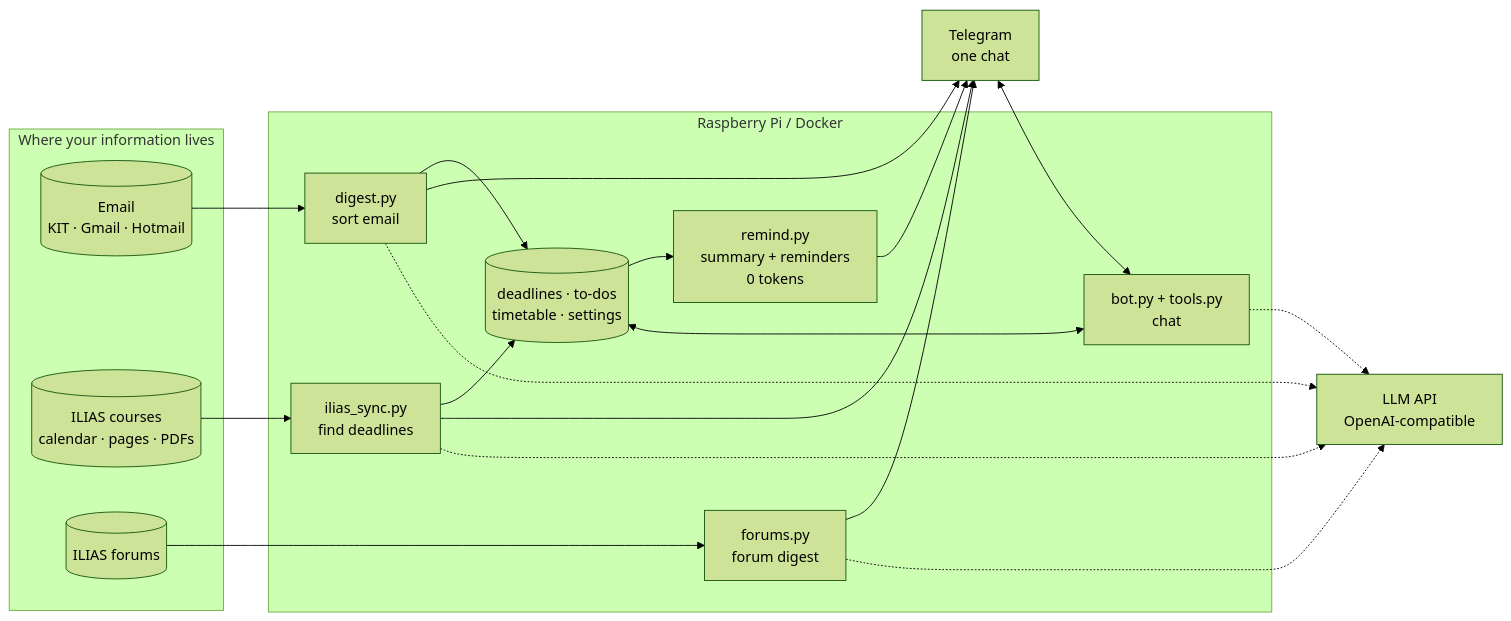
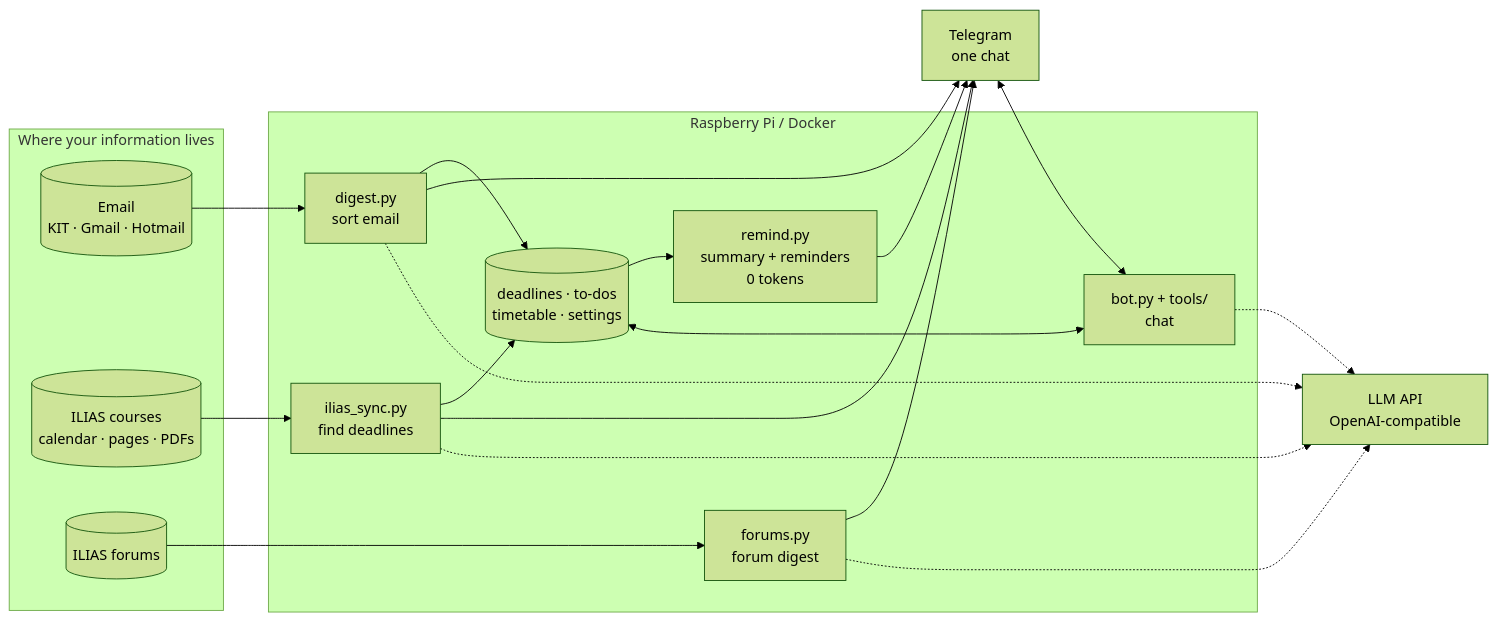
Before and after one commit to lattiezhao-a11y/kit-study-assistant: the diagram in README.md, drawn with Mermaid (forest theme). The commit also changed other lines of this file and 27 other files, not shown here.

````diff
--- a/README.md
+++ b/README.md
@@ -81,26 +81,26 @@
 ```mermaid
 flowchart LR
     subgraph SRC["Where your information lives"]
         MAIL[("Email<br/>KIT · Gmail · Hotmail")]
         ILIAS[("ILIAS courses<br/>calendar · pages · PDFs")]
         FORUM[("ILIAS forums")]
     end
     subgraph BOX["Raspberry Pi / Docker"]
         D["digest.py<br/>sort email"]
         I["ilias_sync.py<br/>find deadlines"]
         F["forums.py<br/>forum digest"]
         DATA[("deadlines · to-dos<br/>timetable · settings")]
         R["remind.py<br/>summary + reminders<br/>0 tokens"]
-        B["bot.py + tools.py<br/>chat"]
+        B["bot.py + tools/<br/>chat"]
     end
     MAIL --> D
     ILIAS --> I
     FORUM --> F
     D --> DATA
     I --> DATA
     DATA --> R
     B <--> DATA
     D & I & F & R --> TG["Telegram<br/>one chat"]
     TG <--> B
     D & I & F & B -.-> LLM["LLM API<br/>OpenAI-compatible"]
 ```
````
